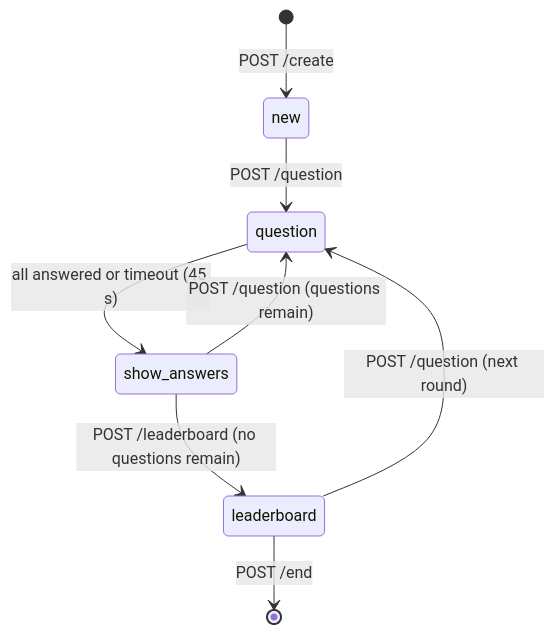
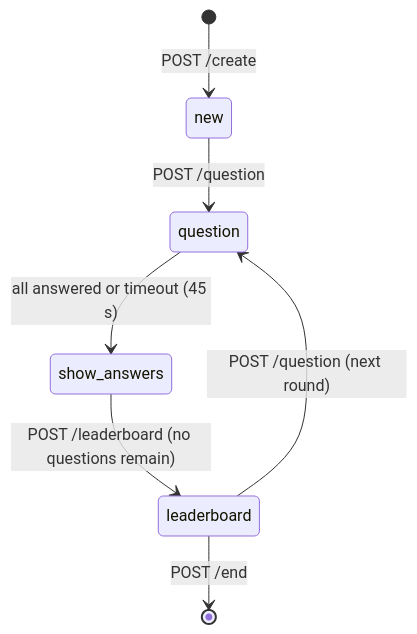
Before and after one commit to jindrichmynarz/localquiz: the fourth of 8 diagrams in data_flow.md, drawn with Mermaid. The commit also changed other lines of this file, not shown here.

````diff
--- a/data_flow.md
+++ b/data_flow.md
@@ -102,10 +127,9 @@
 ```mermaid
 stateDiagram-v2
     [*] --> new : POST /create
     new --> question : POST /question
     question --> show_answers : all answered or timeout (45 s)
-    show_answers --> question : POST /question (questions remain)
     show_answers --> leaderboard : POST /leaderboard (no questions remain)
     leaderboard --> question : POST /question (next round)
     leaderboard --> [*] : POST /end
 ```
````
